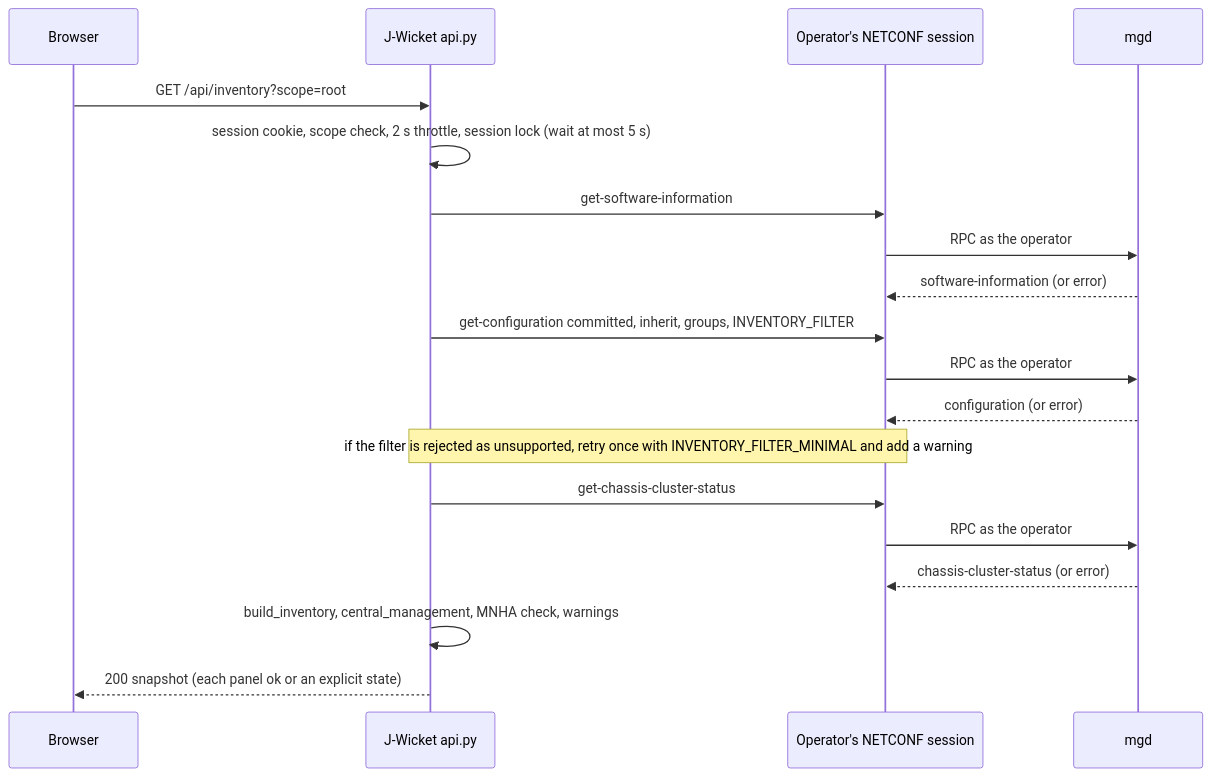
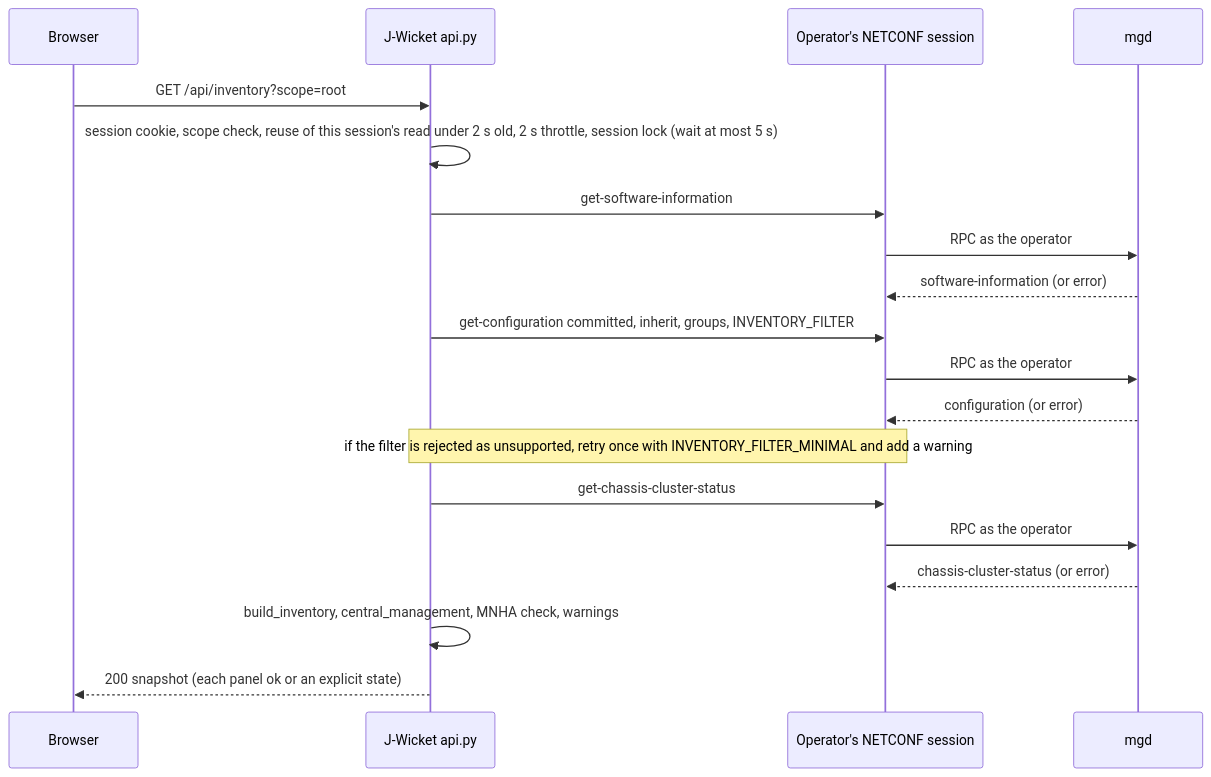
The first of 3 diagrams in docs/specs/001-policy-inventory.md (robertsonc/jwicket), drawn with Mermaid before and after one commit. The commit also changed other lines of this file and 4 other files, not shown here.

````diff
--- a/docs/specs/001-policy-inventory.md
+++ b/docs/specs/001-policy-inventory.md
@@ -147,21 +156,21 @@
 ```mermaid
 sequenceDiagram
     participant B as Browser
     participant A as J-Wicket api.py
     participant S as Operator's NETCONF session
     participant M as mgd
     B->>A: GET /api/inventory?scope=root
-    A->>A: session cookie, scope check, 2 s throttle, session lock (wait at most 5 s)
+    A->>A: session cookie, scope check, reuse of this session's read under 2 s old, 2 s throttle, session lock (wait at most 5 s)
     A->>S: get-software-information
     S->>M: RPC as the operator
     M-->>S: software-information (or error)
     A->>S: get-configuration committed, inherit, groups, INVENTORY_FILTER
     S->>M: RPC as the operator
     M-->>S: configuration (or error)
     Note over A,S: if the filter is rejected as unsupported, retry once with INVENTORY_FILTER_MINIMAL and add a warning
     A->>S: get-chassis-cluster-status
     S->>M: RPC as the operator
     M-->>S: chassis-cluster-status (or error)
     A->>A: build_inventory, central_management, MNHA check, warnings
     A-->>B: 200 snapshot (each panel ok or an explicit state)
 ```
````
